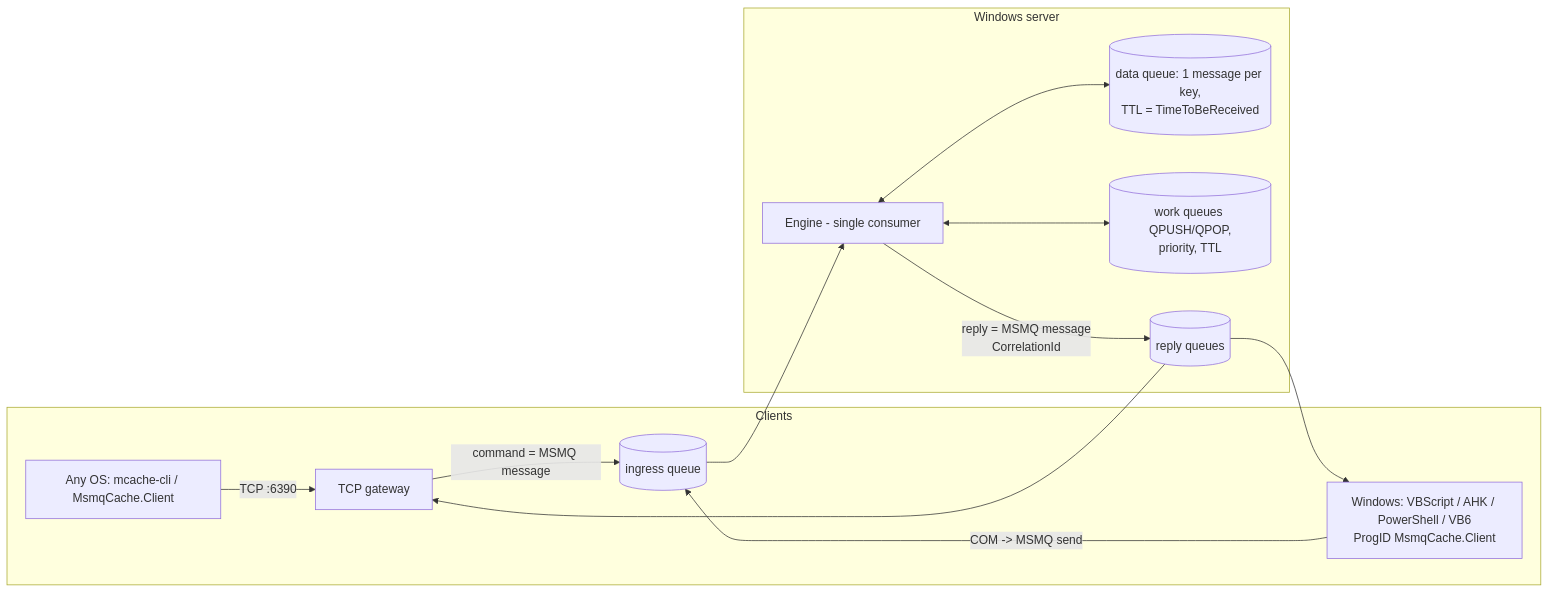
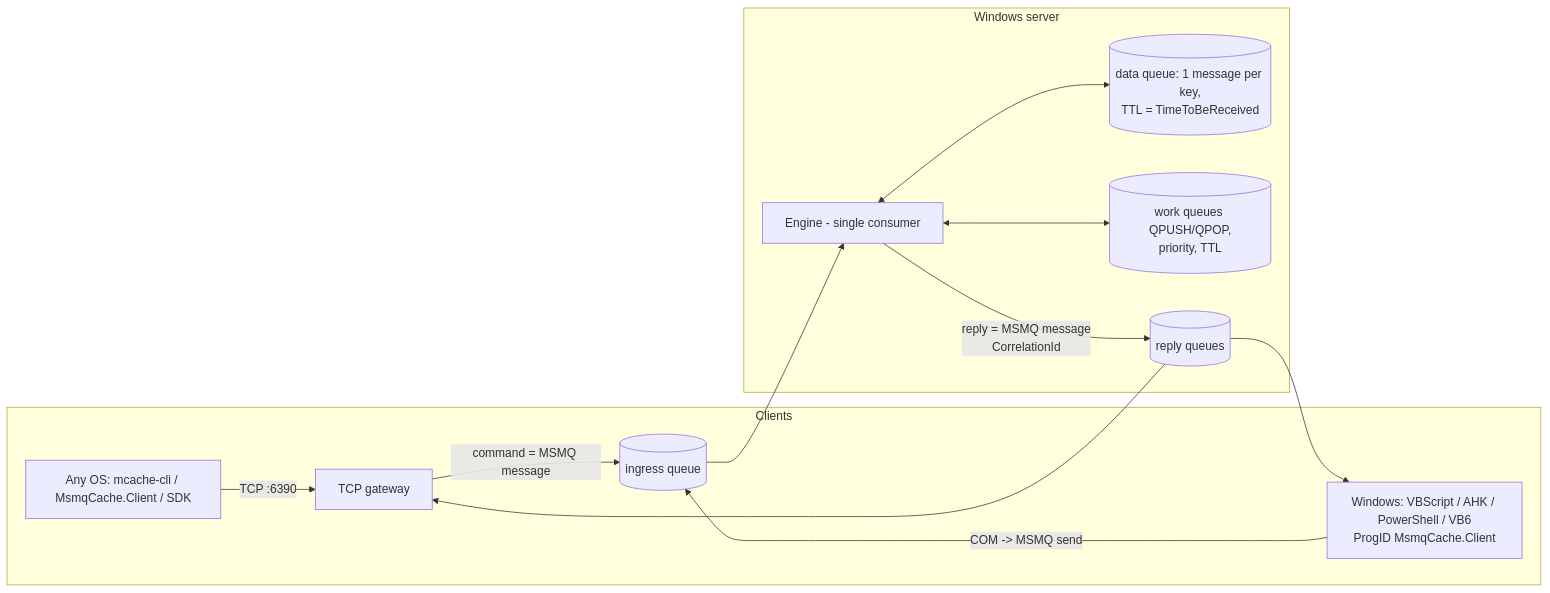
The diagram in README.md (cumulus13/msmq-cache), drawn with Mermaid before and after one commit. The commit also changed other lines of this file and 2 other files, not shown here.

````diff
--- a/README.md
+++ b/README.md
@@ -7,16 +7,16 @@
 ```mermaid
 flowchart LR
     subgraph Clients
-        A[Any OS: mcache-cli / MsmqCache.Client] -->|TCP :6390| T
+        A[Any OS: mcache-cli / MsmqCache.Client / SDK] -->|TCP :6390| T
         B[Windows: VBScript / AHK / PowerShell / VB6<br/>ProgID MsmqCache.Client] -->|COM -> MSMQ send| I
     end
     subgraph Windows server
         T[TCP gateway] -->|command = MSMQ message| I[(ingress queue)]
         I --> E[Engine - single consumer]
         E <--> D[(data queue: 1 message per key,<br/>TTL = TimeToBeReceived)]
         E <--> W[(work queues QPUSH/QPOP,<br/>priority, TTL)]
         E -->|reply = MSMQ message<br/>CorrelationId| R[(reply queues)]
         R --> T
     end
     R --> B
 ```
````
